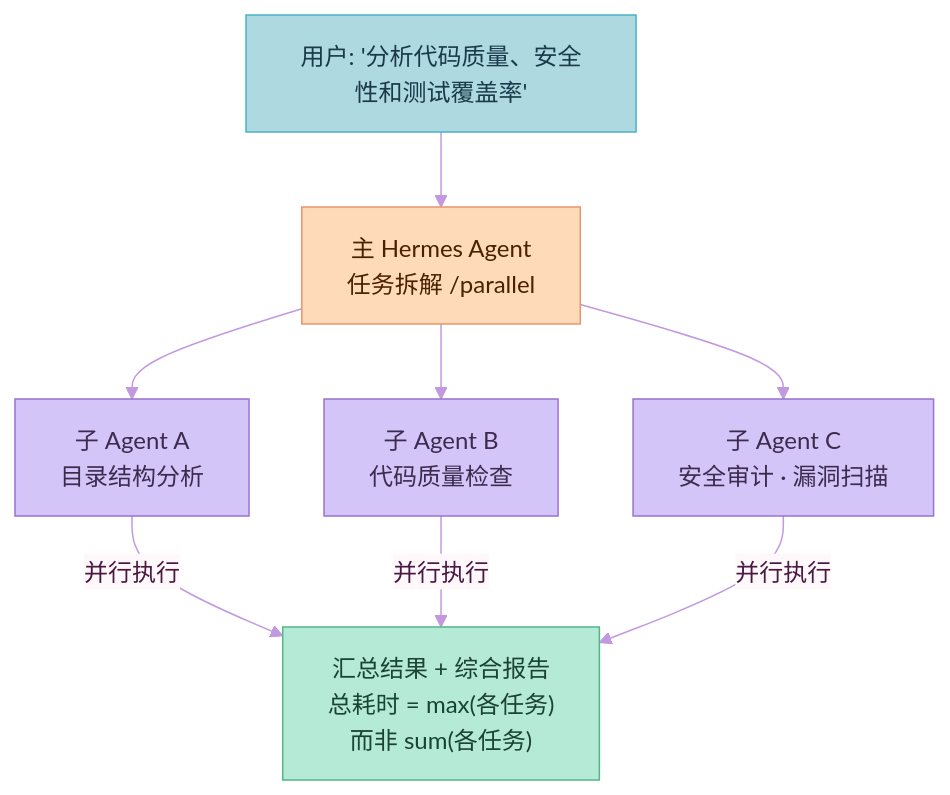
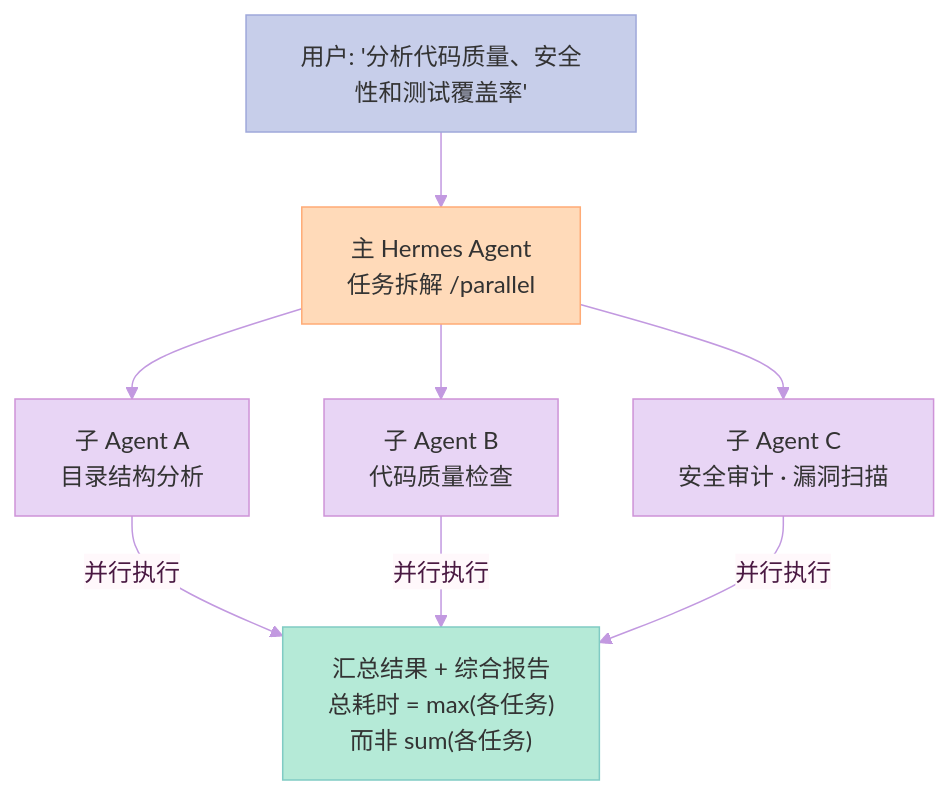
Before and after one commit to xuqi2024/xuqi2024.github.io: the tenth of 10 diagrams in source/_posts/2026-04-13-hermes-agent深度完全解读.md, drawn with Mermaid. The commit also changed other lines of this file and 23 other files, not shown here.

````diff
--- a/source/_posts/2026-04-13-hermes-agent深度完全解读.md
+++ b/source/_posts/2026-04-13-hermes-agent深度完全解读.md
@@ -658,19 +664,19 @@
 ```mermaid
-%%{init: {'theme': 'base', 'themeVariables': {'primaryColor': '#FFB3C1', 'primaryTextColor': '#4A1942', 'primaryBorderColor': '#FF85A1', 'lineColor': '#C299E0', 'secondaryColor': '#C8E6C9', 'tertiaryColor': '#AED9E0', 'background': '#FFF8FB', 'mainBkg': '#FFB3C1', 'nodeBorder': '#FF85A1', 'clusterBkg': '#FFF0F7', 'clusterBorder': '#FFB3C1', 'titleColor': '#6D3B8C', 'edgeLabelBackground': '#FFF8FB'}}}%%
+%%{init: {'theme': 'base', 'themeVariables': {'primaryColor': '#FFB3C1', 'primaryTextColor': '#4A1942', 'primaryBorderColor': '#FF85A1', 'lineColor': '#C299E0', 'secondaryColor': '#C8E6C9', 'tertiaryColor': '#C7CEEA', 'background': '#FFF8FB', 'mainBkg': '#FFB3C1', 'nodeBorder': '#FF85A1', 'clusterBkg': '#FFF0F7', 'clusterBorder': '#FFB3C1', 'titleColor': '#6D3B8C', 'edgeLabelBackground': '#FFF8FB'}}}%%
 flowchart TD
-    classDef user fill:#AED9E0,stroke:#48B2C8,color:#1A3A4A
-    classDef main fill:#FFDAB9,stroke:#E8956D,color:#4A2200
-    classDef sub fill:#D4C5F9,stroke:#9B72CF,color:#3D2B4F
-    classDef summary fill:#B5EAD7,stroke:#52B788,color:#1B4332
+    classDef user fill:#C7CEEA,stroke:#9FA8DA,color:#333
+    classDef main fill:#FFDAB9,stroke:#FFAB76,color:#333
+    classDef sub fill:#E8D5F5,stroke:#CE93D8,color:#333
+    classDef summary fill:#B5EAD7,stroke:#80CBC4,color:#333
 
     USER["用户: '分析代码质量、安全性和测试覆盖率'"]:::user
     MAIN["主 Hermes Agent<br/>任务拆解 /parallel"]:::main
     A["子 Agent A<br/>目录结构分析"]:::sub
     B["子 Agent B<br/>代码质量检查"]:::sub
     C["子 Agent C<br/>安全审计 · 漏洞扫描"]:::sub
     SUM["汇总结果 + 综合报告<br/>总耗时 = max(各任务)<br/>而非 sum(各任务)"]:::summary
 
     USER --> MAIN
     MAIN --> A & B & C
     A & B & C -- 并行执行 --> SUM
 ```
````
